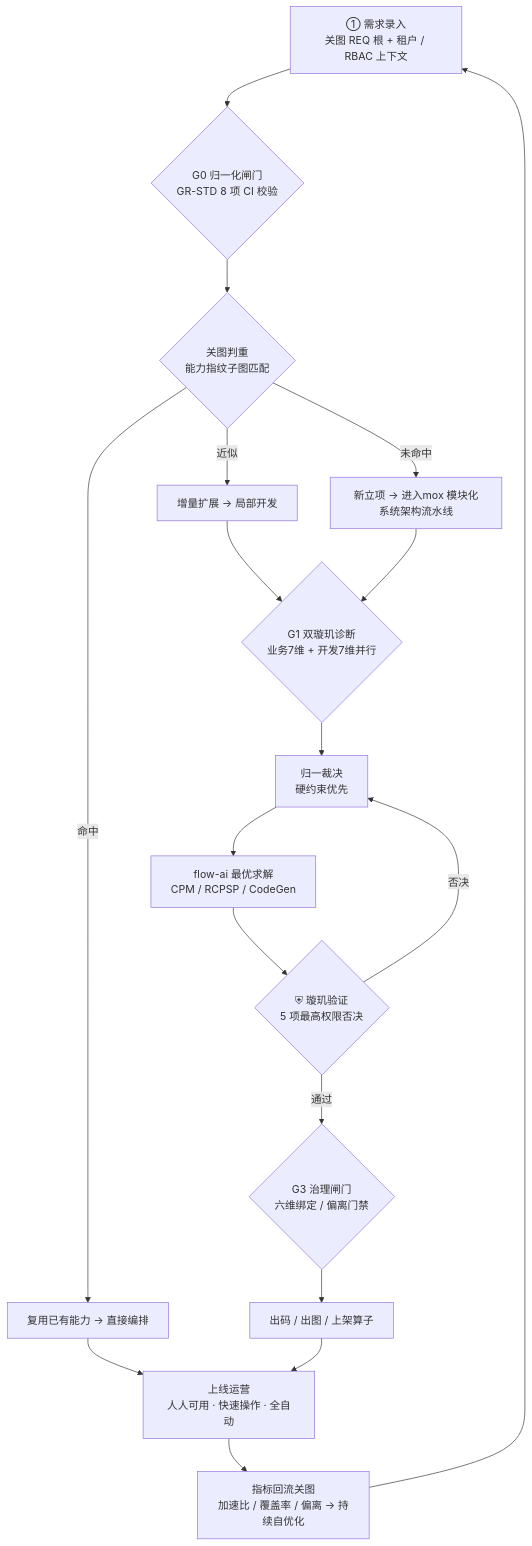
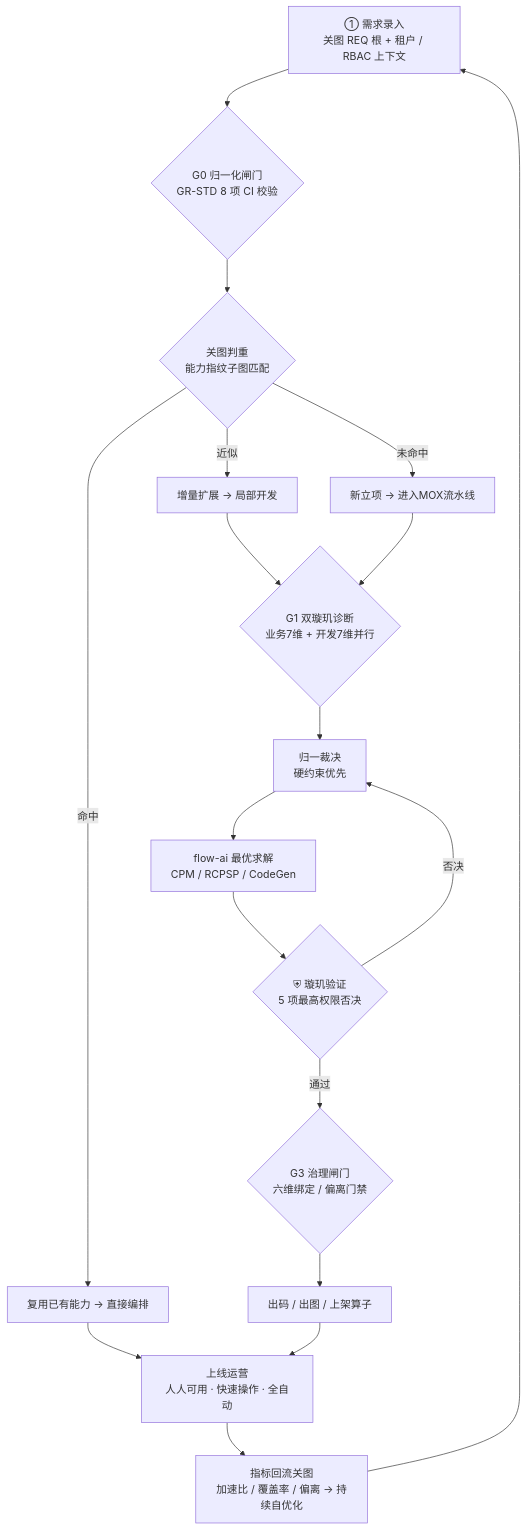
One commit to aikjx/mox changed the diagram in docs/enterprise/15-产品规范标准-人人爱用全自动mox 模块化系统架构-V1.0.md. Above: the diagram before and after it, drawn with Mermaid. The commit also changed other lines of this file and 24 other files, not shown here.

````diff
--- a/docs/enterprise/15-产品规范标准-人人爱用全自动mox 模块化系统架构-V1.0.md
+++ b/docs/enterprise/15-产品规范标准-人人爱用全自动mox 模块化系统架构-V1.0.md
@@ -56,29 +56,29 @@
 ```mermaid
 flowchart TD
     R["① 需求录入<br/>关图 REQ 根 + 租户 / RBAC 上下文"]
     G0{"G0 归一化闸门<br/>GR-STD 8 项 CI 校验"}
     D{"关图判重<br/>能力指纹子图匹配"}
     REUSE["复用已有能力 → 直接编排"]
     INC["增量扩展 → 局部开发"]
-    NEW["新立项 → 进入mox 模块化系统架构流水线"]
+    NEW["新立项 → 进入MOX流水线"]
     G1{"G1 双璇玑诊断<br/>业务7维 + 开发7维并行"}
     ARB["归一裁决<br/>硬约束优先"]
     SOLVE["flow-ai 最优求解<br/>CPM / RCPSP / CodeGen"]
     G2{"⛨ 璇玑验证<br/>5 项最高权限否决"}
     G3{"G3 治理闸门<br/>六维绑定 / 偏离门禁"}
     OUT["出码 / 出图 / 上架算子"]
     OPS["上线运营<br/>人人可用 · 快速操作 · 全自动"]
     FB["指标回流关图<br/>加速比 / 覆盖率 / 偏离 → 持续自优化"]
 
     R --> G0 --> D
     D -->|命中| REUSE
     D -->|近似| INC
     D -->|未命中| NEW
     REUSE --> OPS
     INC --> G1
     NEW --> G1
     G1 --> ARB --> SOLVE --> G2
     G2 -->|否决| ARB
     G2 -->|通过| G3 --> OUT --> OPS
     OPS --> FB --> R
 ```
````
